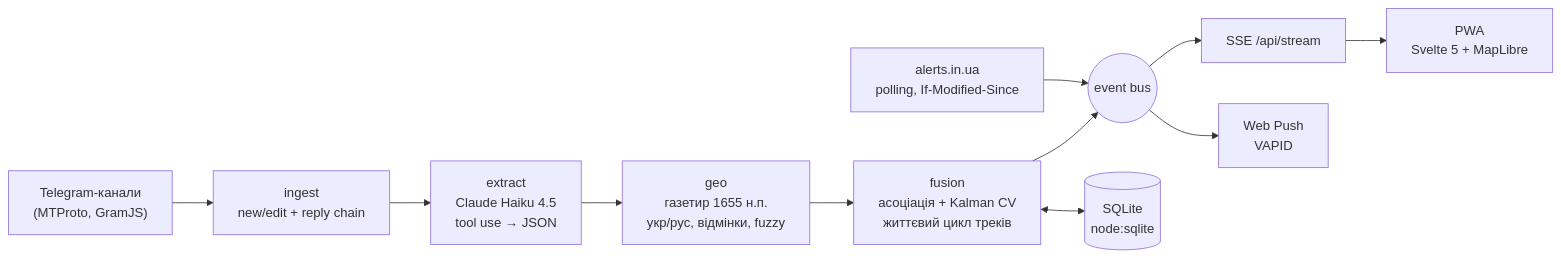
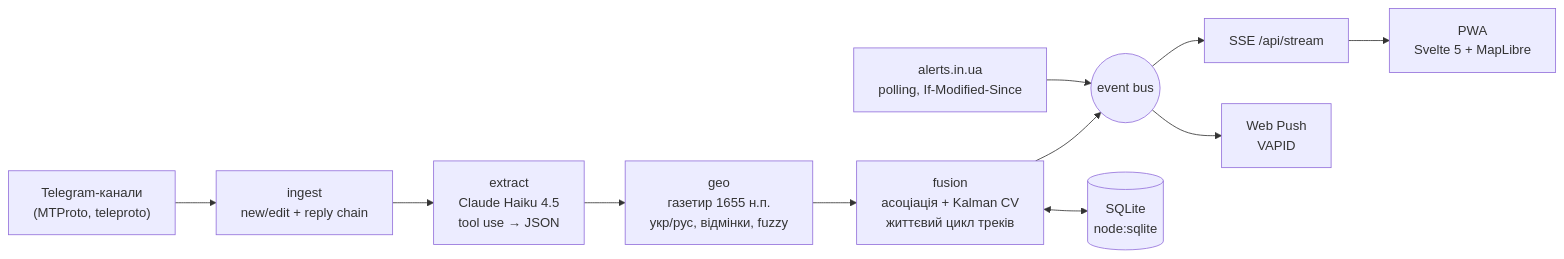
The diagram in README.md (kiskaserver/arpha), drawn with Mermaid before and after one commit. The commit also changed other lines of this file and 11 other files, not shown here.

First line of the commit message:
build(deps): migrate from archived GramJS (telegram) to teleproto

````diff
--- a/README.md
+++ b/README.md
@@ -61,12 +61,12 @@
 ```mermaid
 flowchart LR
-  TG["Telegram-канали<br/>(MTProto, GramJS)"] --> ING[ingest<br/>new/edit + reply chain]
+  TG["Telegram-канали<br/>(MTProto, teleproto)"] --> ING[ingest<br/>new/edit + reply chain]
   ING --> LLM["extract<br/>Claude Haiku 4.5<br/>tool use → JSON"]
   LLM --> GEO["geo<br/>газетир 1655 н.п.<br/>укр/рус, відмінки, fuzzy"]
   GEO --> FUS["fusion<br/>асоціація + Kalman CV<br/>життєвий цикл треків"]
   FUS --> BUS((event bus))
   AL["alerts.in.ua<br/>polling, If-Modified-Since"] --> BUS
   BUS --> SSE["SSE /api/stream"] --> PWA["PWA<br/>Svelte 5 + MapLibre"]
   BUS --> PUSH["Web Push<br/>VAPID"]
   FUS <--> DB[(SQLite<br/>node:sqlite)]
 ```
````
